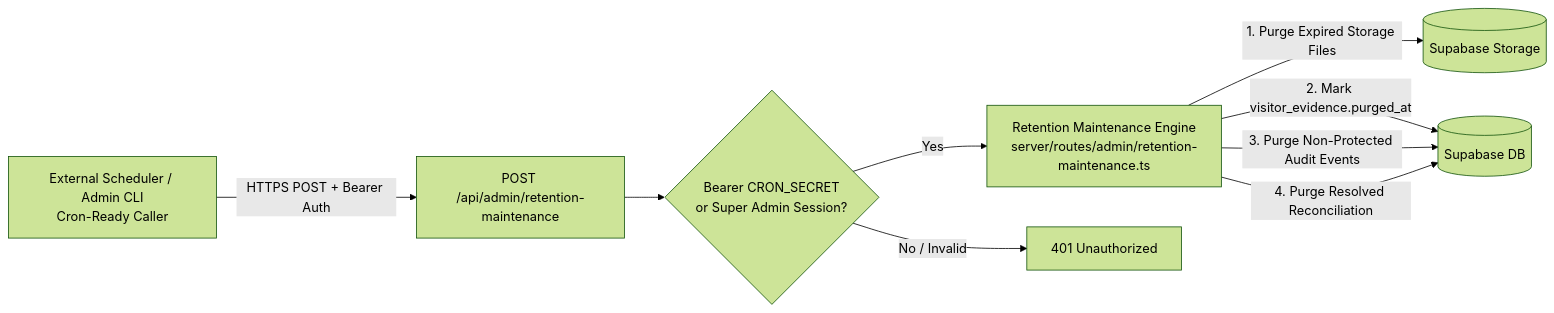
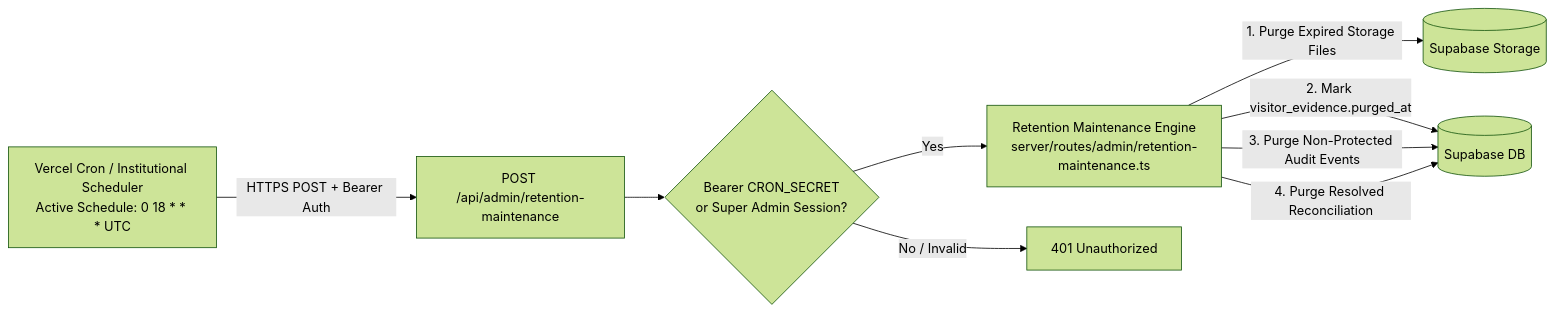
One commit to jsphhbna/egatepass changed the first of 3 diagrams in docs/ENVIRONMENT_AND_CRON.md. Above: the diagram before and after it, drawn with Mermaid (forest theme). The commit also changed other lines of this file and 12 other files, not shown here.

Commit message:
docs(institutional): truthify deployment portability, cron schedule, and disaster recovery contracts

````diff
--- a/docs/ENVIRONMENT_AND_CRON.md
+++ b/docs/ENVIRONMENT_AND_CRON.md
@@ -11,19 +28,19 @@
 ```mermaid
 flowchart LR
-    Scheduler[External Scheduler / Admin CLI<br/>Cron-Ready Caller]
+    Scheduler[Vercel Cron / Institutional Scheduler<br/>Active Schedule: 0 18 * * * UTC]
     Endpoint[POST /api/admin/retention-maintenance]
     AuthCheck{Bearer CRON_SECRET<br/>or Super Admin Session?}
     Engine[Retention Maintenance Engine<br/>server/routes/admin/retention-maintenance.ts]
     DB[(Supabase DB)]
     Storage[(Supabase Storage)]
 
     Scheduler -->|HTTPS POST + Bearer Auth| Endpoint
     Endpoint --> AuthCheck
     AuthCheck -->|No / Invalid| Reject[401 Unauthorized]
     AuthCheck -->|Yes| Engine
 
     Engine -->|1. Purge Expired Storage Files| Storage
     Engine -->|2. Mark visitor_evidence.purged_at| DB
     Engine -->|3. Purge Non-Protected Audit Events| DB
     Engine -->|4. Purge Resolved Reconciliation| DB
 ```
````
